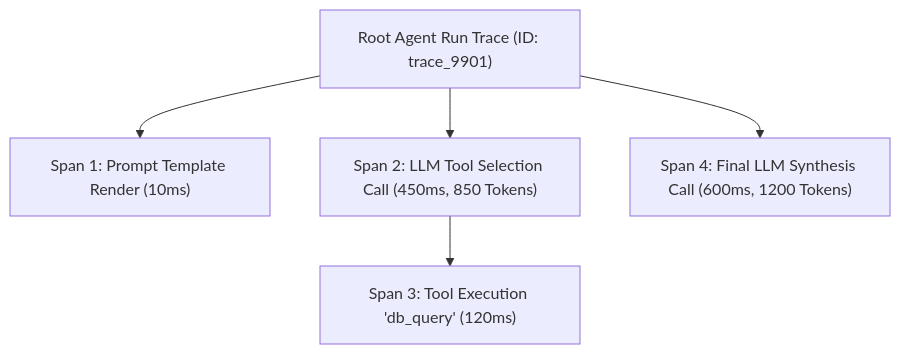
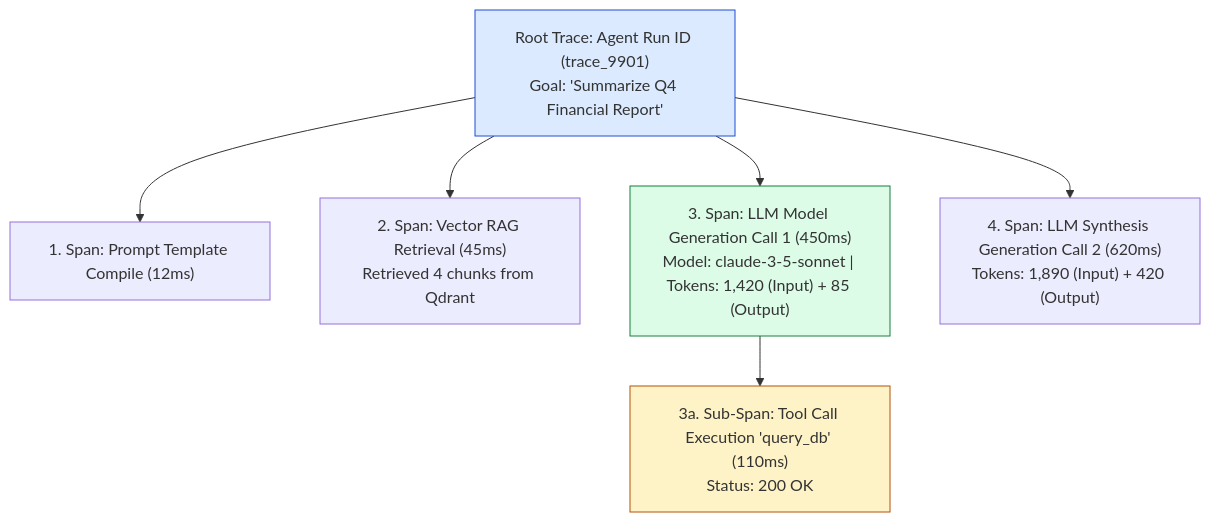
One commit to Amie-dev/engineering-playbook changed the first of 3 diagrams in agentic-ai-notes/00-foundations/16-observability-and-tracing.md. Above: the diagram before and after it, drawn with Mermaid. The commit also changed other lines of this file and 17 other files, not shown here.

Commit message:
Refactor observability and tracing documentation to enhance clarity and detail; expand Model Context Protocol (MCP) architecture with JSON-RPC primitives; update decision framework to emphasize architectural complexity and decision-making processes.

````diff
--- a/agentic-ai-notes/00-foundations/16-observability-and-tracing.md
+++ b/agentic-ai-notes/00-foundations/16-observability-and-tracing.md
@@ -10,7 +13,14 @@
 ```mermaid
 flowchart TD
-    TraceRoot["Root Agent Run Trace (ID: trace_9901)"] --> Span1["Span 1: Prompt Template Render (10ms)"]
-    TraceRoot --> Span2["Span 2: LLM Tool Selection Call (450ms, 850 Tokens)"]
-    Span2 --> Span3["Span 3: Tool Execution 'db_query' (120ms)"]
-    TraceRoot --> Span4["Span 4: Final LLM Synthesis Call (600ms, 1200 Tokens)"]
+    RootTrace["Root Trace: Agent Run ID (trace_9901)<br/>Goal: 'Summarize Q4 Financial Report'"] --> Span1["1. Span: Prompt Template Compile (12ms)"]
+    RootTrace --> Span2["2. Span: Vector RAG Retrieval (45ms)<br/>Retrieved 4 chunks from Qdrant"]
+    RootTrace --> Span3["3. Span: LLM Model Generation Call 1 (450ms)<br/>Model: claude-3-5-sonnet | Tokens: 1,420 (Input) + 85 (Output)"]
+    
+    Span3 --> SubSpan3A["3a. Sub-Span: Tool Call Execution 'query_db' (110ms)<br/>Status: 200 OK"]
+    
+    RootTrace --> Span4["4. Span: LLM Synthesis Generation Call 2 (620ms)<br/>Tokens: 1,890 (Input) + 420 (Output)"]
+
+    style RootTrace fill:#dbeafe,stroke:#1d4ed8
+    style Span3 fill:#dcfce7,stroke:#15803d
+    style SubSpan3A fill:#fef3c7,stroke:#b45309
 ```
````
